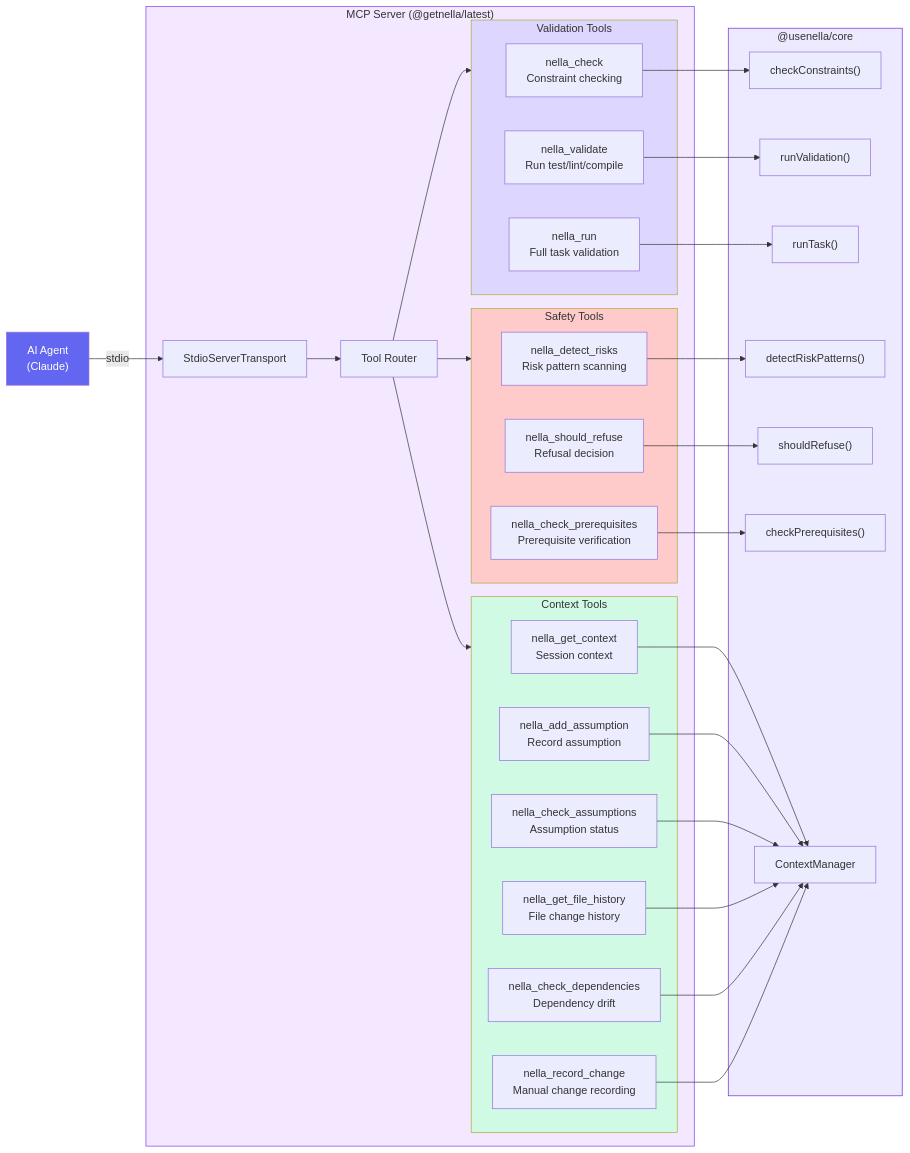
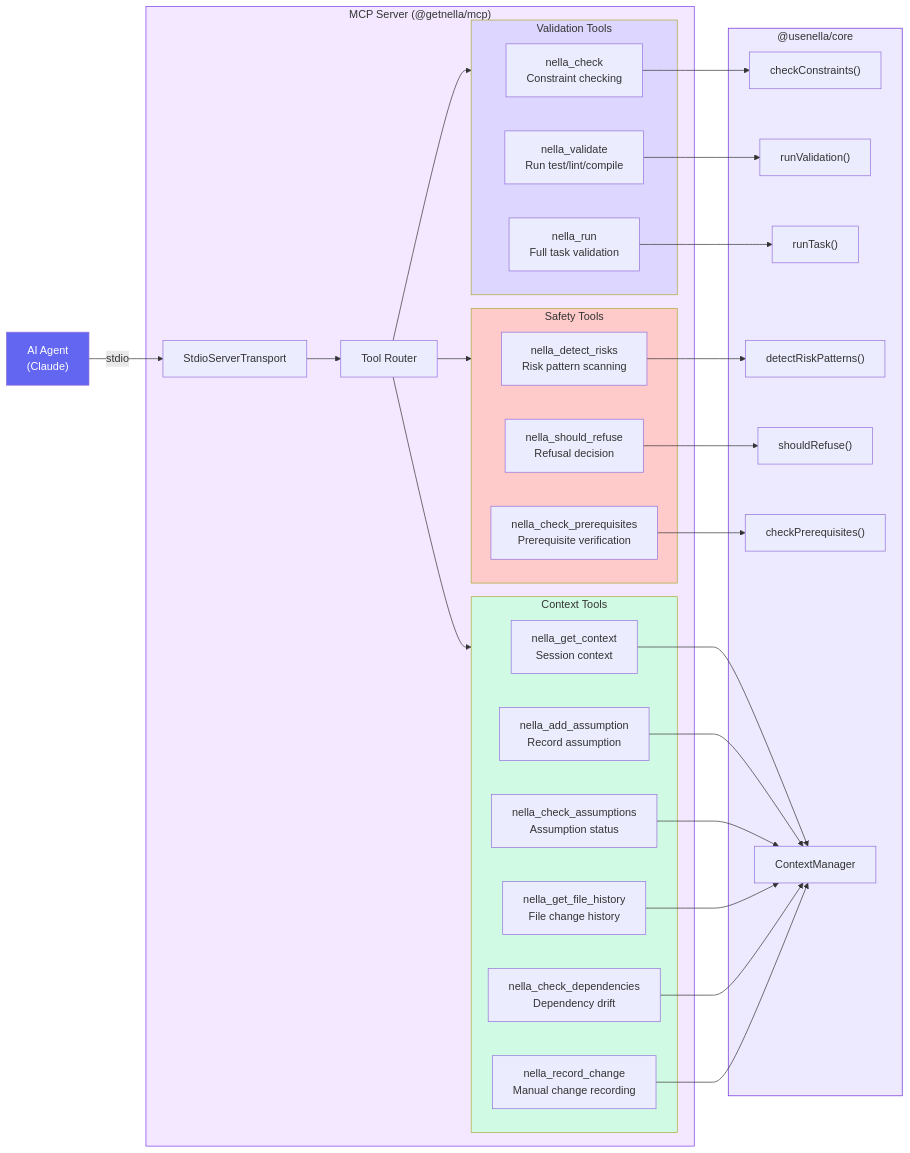
Before and after one commit to nella-labs/nella: the first of 4 diagrams in docs/architecture/mcp-server.md, drawn with Mermaid. The commit also changed 36 other files, not shown here.

First line of the commit message:
refactor: rename package from @getnella/latest to @getnella/mcp

````diff
--- a/docs/architecture/mcp-server.md
+++ b/docs/architecture/mcp-server.md
@@ -7,66 +7,66 @@
 ```mermaid
 graph LR
     Agent["AI Agent<br/>(Claude)"]
 
-    subgraph server["MCP Server (@getnella/latest)"]
+    subgraph server["MCP Server (@getnella/mcp)"]
         Transport["StdioServerTransport"]
         Router["Tool Router"]
 
         subgraph validation_tools["Validation Tools"]
             nella_check["nella_check<br/>Constraint checking"]
             nella_validate["nella_validate<br/>Run test/lint/compile"]
             nella_run["nella_run<br/>Full task validation"]
         end
 
         subgraph safety_tools["Safety Tools"]
             nella_detect_risks["nella_detect_risks<br/>Risk pattern scanning"]
             nella_should_refuse["nella_should_refuse<br/>Refusal decision"]
             nella_check_prereqs["nella_check_prerequisites<br/>Prerequisite verification"]
         end
 
         subgraph context_tools["Context Tools"]
             nella_get_context["nella_get_context<br/>Session context"]
             nella_add_assumption["nella_add_assumption<br/>Record assumption"]
             nella_check_assumptions["nella_check_assumptions<br/>Assumption status"]
             nella_get_file_history["nella_get_file_history<br/>File change history"]
             nella_check_deps["nella_check_dependencies<br/>Dependency drift"]
             nella_record_change["nella_record_change<br/>Manual change recording"]
         end
     end
 
     subgraph core["@usenella/core"]
         checkConstraints["checkConstraints()"]
         runValidation["runValidation()"]
         runTask["runTask()"]
         detectRiskPatterns["detectRiskPatterns()"]
         shouldRefuse["shouldRefuse()"]
         checkPrereqs["checkPrerequisites()"]
         ContextMgr["ContextManager"]
     end
 
     Agent -->|"stdio"| Transport
     Transport --> Router
     Router --> validation_tools
     Router --> safety_tools
     Router --> context_tools
 
     nella_check --> checkConstraints
     nella_validate --> runValidation
     nella_run --> runTask
     nella_detect_risks --> detectRiskPatterns
     nella_should_refuse --> shouldRefuse
     nella_check_prereqs --> checkPrereqs
     nella_get_context --> ContextMgr
     nella_add_assumption --> ContextMgr
     nella_check_assumptions --> ContextMgr
     nella_get_file_history --> ContextMgr
     nella_check_deps --> ContextMgr
     nella_record_change --> ContextMgr
 
     style Agent fill:#6366f1,color:#fff
     style server fill:#f3e8ff,stroke:#7c3aed
     style validation_tools fill:#ddd6fe
     style safety_tools fill:#fecaca
     style context_tools fill:#d1fae5
     style core fill:#ede9fe,stroke:#6d28d9
 ```
````
